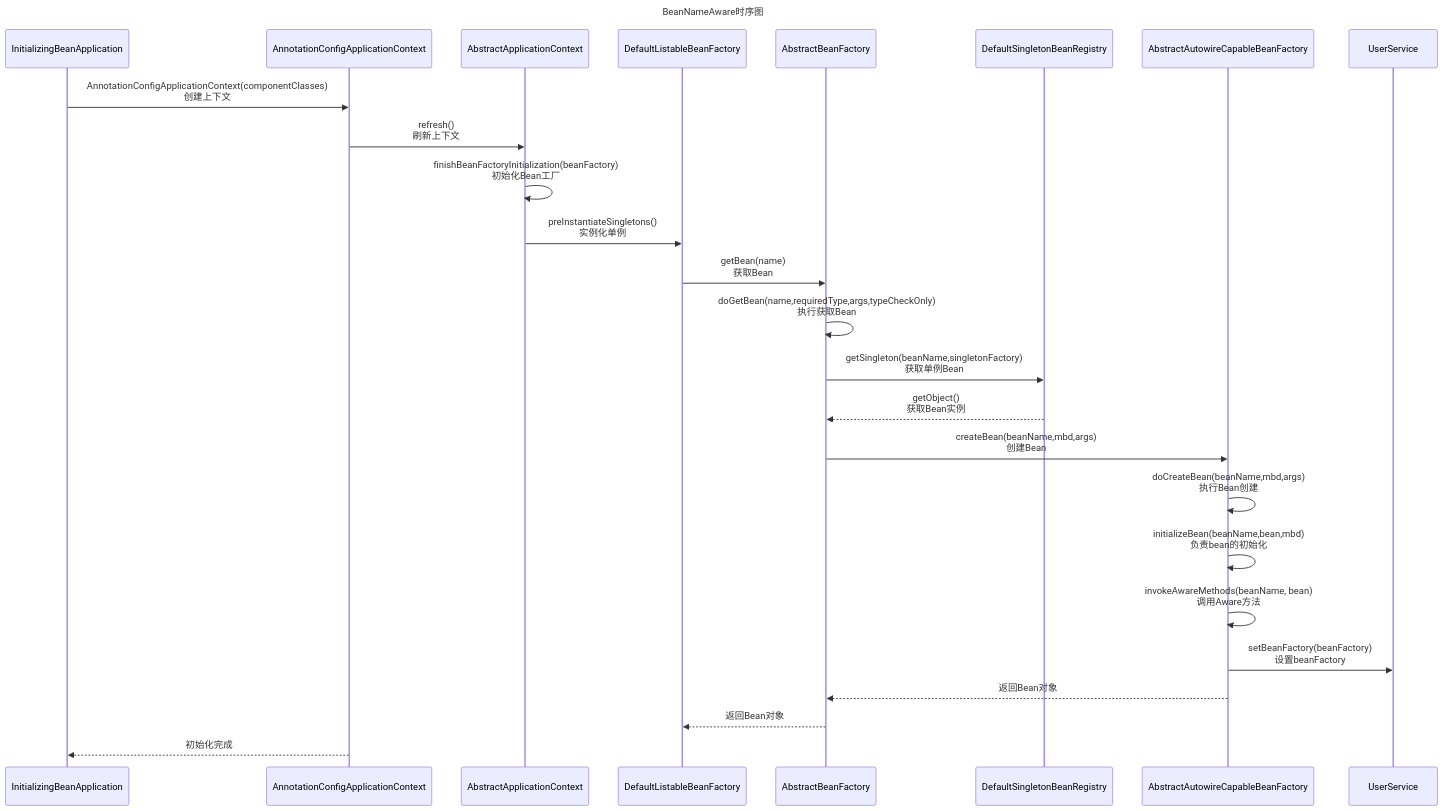
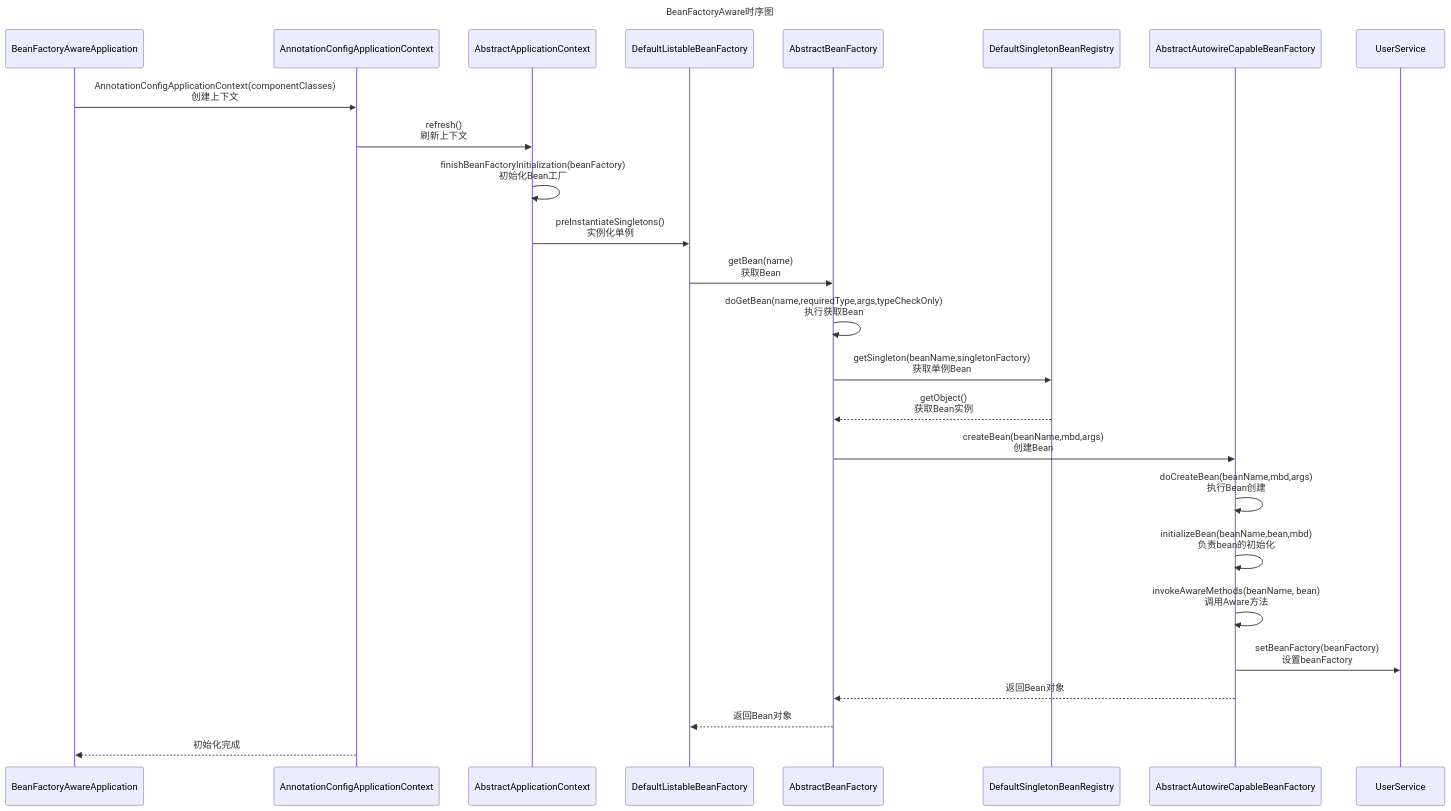
The diagram in spring-aware-beanFactoryAware/README.md (xuchengsheng/spring-reading), drawn with Mermaid before and after one commit. The commit also changed other lines of this file, not shown here.

Commit message:
BeanFactoryAware优化

```diff
--- a/spring-aware-beanFactoryAware/README.md
+++ b/spring-aware-beanFactoryAware/README.md
@@ -164,30 +164,30 @@
 ~~~mermaid
 sequenceDiagram
-    Title: BeanNameAware时序图
-    participant InitializingBeanApplication
+    Title: BeanFactoryAware时序图
+    participant BeanFactoryAwareApplication
     participant AnnotationConfigApplicationContext
     participant AbstractApplicationContext
     participant DefaultListableBeanFactory
     participant AbstractBeanFactory
     participant DefaultSingletonBeanRegistry
     participant AbstractAutowireCapableBeanFactory
     participant UserService
     
-    InitializingBeanApplication->>AnnotationConfigApplicationContext:AnnotationConfigApplicationContext(componentClasses)<br>创建上下文
+    BeanFactoryAwareApplication->>AnnotationConfigApplicationContext:AnnotationConfigApplicationContext(componentClasses)<br>创建上下文
     AnnotationConfigApplicationContext->>AbstractApplicationContext:refresh()<br>刷新上下文
     AbstractApplicationContext->>AbstractApplicationContext:finishBeanFactoryInitialization(beanFactory)<br>初始化Bean工厂
     AbstractApplicationContext->>DefaultListableBeanFactory:preInstantiateSingletons()<br>实例化单例
     DefaultListableBeanFactory->>AbstractBeanFactory:getBean(name)<br>获取Bean
     AbstractBeanFactory->>AbstractBeanFactory:doGetBean(name,requiredType,args,typeCheckOnly)<br>执行获取Bean
     AbstractBeanFactory->>DefaultSingletonBeanRegistry:getSingleton(beanName,singletonFactory)<br>获取单例Bean
     DefaultSingletonBeanRegistry-->>AbstractBeanFactory:getObject()<br>获取Bean实例
     AbstractBeanFactory->>AbstractAutowireCapableBeanFactory:createBean(beanName,mbd,args)<br>创建Bean
     AbstractAutowireCapableBeanFactory->>AbstractAutowireCapableBeanFactory:doCreateBean(beanName,mbd,args)<br>执行Bean创建
     AbstractAutowireCapableBeanFactory->>AbstractAutowireCapableBeanFactory:initializeBean(beanName,bean,mbd)<br>负责bean的初始化
     AbstractAutowireCapableBeanFactory->>AbstractAutowireCapableBeanFactory:invokeAwareMethods(beanName, bean)<br>调用Aware方法
     AbstractAutowireCapableBeanFactory->>UserService:setBeanFactory(beanFactory)<br>设置beanFactory
     AbstractAutowireCapableBeanFactory-->>AbstractBeanFactory:返回Bean对象
     AbstractBeanFactory-->>DefaultListableBeanFactory:返回Bean对象
-    AnnotationConfigApplicationContext-->>InitializingBeanApplication:初始化完成
+    AnnotationConfigApplicationContext-->>BeanFactoryAwareApplication:初始化完成
 
 ~~~
```
